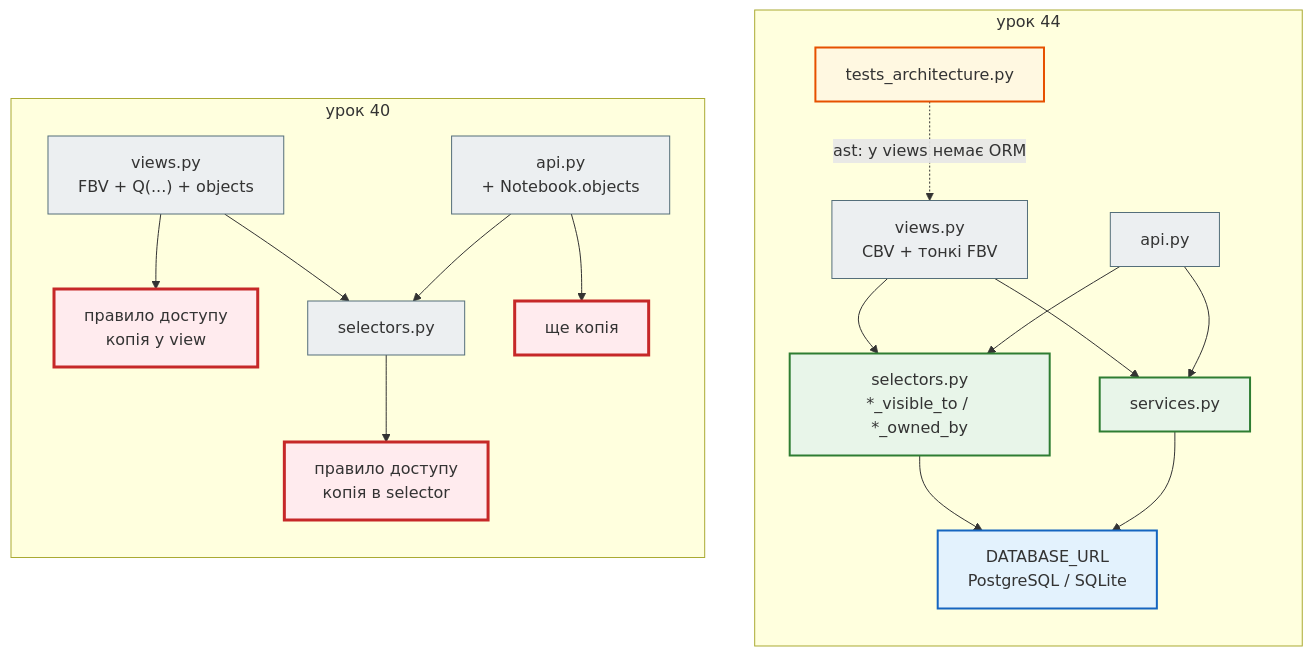
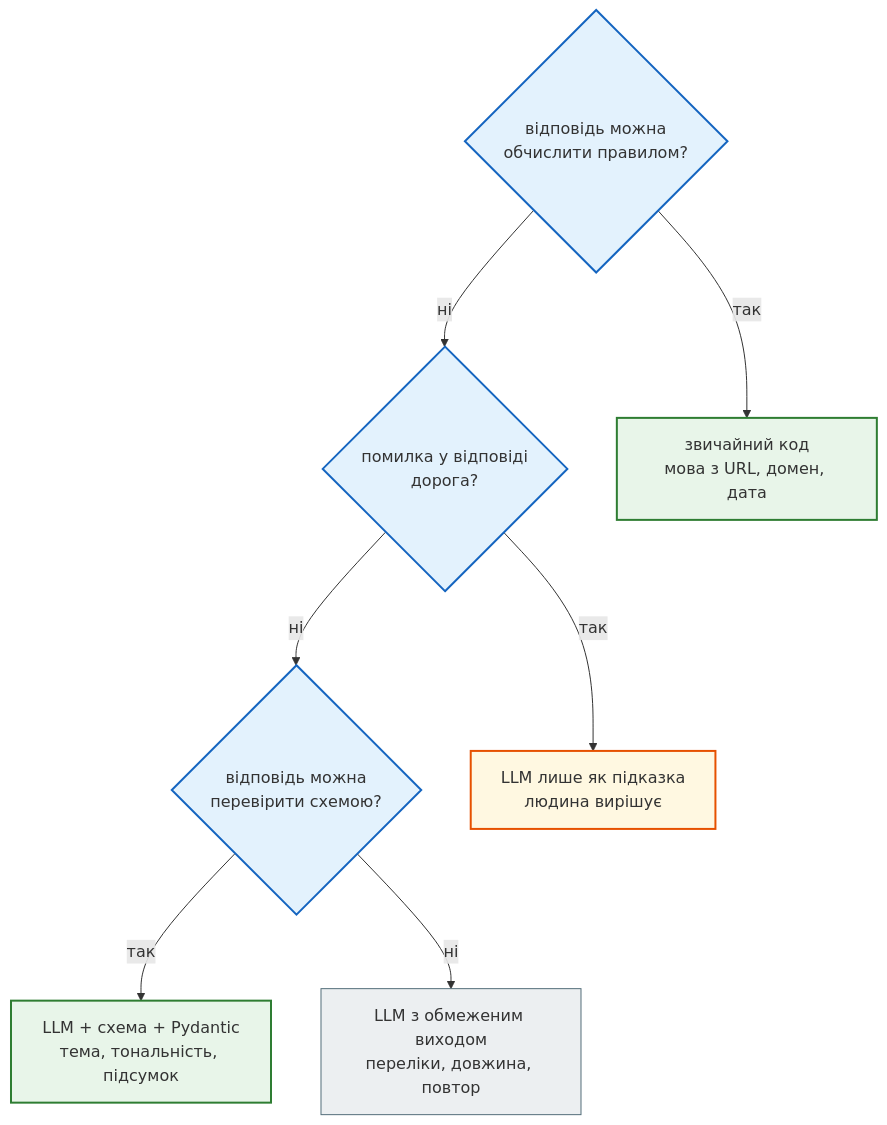
One commit to AlinaRadchenko/PY-Course-Victor-Nikoriak-22-09-2026 changed the eighth of 8 diagrams in docs/modules/m4/lesson_44.md. Above: the diagram before and after it, drawn with Mermaid. The commit also changed other lines of this file and 1846 other files, not shown here.

````diff
--- a/docs/modules/m4/lesson_44.md
+++ b/docs/modules/m4/lesson_44.md
@@ -614,33 +881,28 @@
 ```mermaid
-graph LR
+flowchart TD
     classDef step     fill:#eceff1,stroke:#546e7a,stroke-width:1px;
     classDef decision fill:#e3f2fd,stroke:#1565c0,stroke-width:2px;
     classDef success  fill:#e8f5e9,stroke:#2e7d32,stroke-width:2px;
     classDef error    fill:#ffebee,stroke:#c62828,stroke-width:3px;
     classDef warning  fill:#fff8e1,stroke:#e65100,stroke-width:2px;
 
-    subgraph B["урок 40"]
-        V40["views.py<br>FBV + Q(...) + objects"] --> R40a["правило доступу<br>копія у view"]
-        S40["selectors.py"] --> R40b["правило доступу<br>копія в selector"]
-        A40["api.py<br>+ Notebook.objects"] --> R40c["ще копія"]
-        V40 --> S40
-        A40 --> S40
-    end
-    subgraph A["урок 44"]
-        V44["views.py<br>CBV + тонкі FBV"] --> S44["selectors.py<br>*_visible_to / *_owned_by"]
-        A44["api.py"] --> S44
-        V44 --> SV44["services.py"]
-        A44 --> SV44
-        S44 --> DB44["DATABASE_URL<br>PostgreSQL / SQLite"]
-        SV44 --> DB44
-        T44["tests_architecture.py"] -. "ast: у views немає ORM" .-> V44
-    end
-    B ~~~ A
+    Q1{"відповідь можна<br>обчислити правилом?"}
+    Q2{"помилка у відповіді<br>дорога?"}
+    Q3{"відповідь можна<br>перевірити схемою?"}
+    R1["звичайний код<br>мова з URL, домен, дата"]
+    R2["LLM + схема + Pydantic<br>тема, тональність, підсумок"]
+    R3["LLM лише як підказка<br>людина вирішує"]
+    R4["LLM з обмеженим виходом<br>переліки, довжина, повтор"]
 
-    class V40,S40,A40 step
-    class R40a,R40b,R40c error
-    class V44,A44 step
-    class S44,SV44 success
-    class DB44 decision
-    class T44 warning
+    Q1 -- так --> R1
+    Q1 -- ні --> Q2
+    Q2 -- так --> R3
+    Q2 -- ні --> Q3
+    Q3 -- так --> R2
+    Q3 -- ні --> R4
+
+    class Q1,Q2,Q3 decision
+    class R1,R2 success
+    class R3 warning
+    class R4 step
 ```
````
